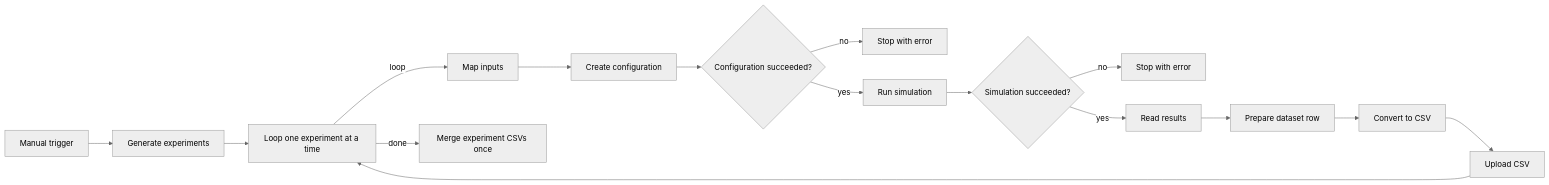
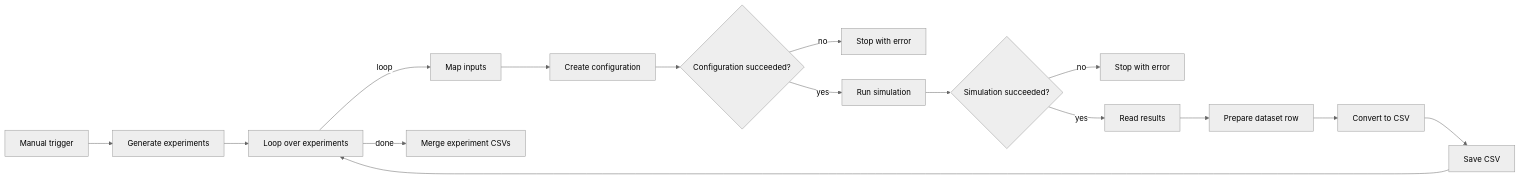
The diagram in n8n/README.md (KonstantinosBountou/Surrogate_Model), drawn with Mermaid (neutral theme) before and after one commit. The commit also changed other lines of this file, not shown here.

Commit message:
Simplify n8n README while retaining workflow diagram

````diff
--- a/n8n/README.md
+++ b/n8n/README.md
@@ -11,18 +7,18 @@
 ```mermaid
 flowchart LR
     A[Manual trigger] --> B[Generate experiments]
-    B --> C[Loop one experiment at a time]
+    B --> C[Loop over experiments]
     C -->|loop| D[Map inputs]
     D --> E[Create configuration]
     E --> F{Configuration succeeded?}
     F -->|no| X[Stop with error]
     F -->|yes| G[Run simulation]
     G --> H{Simulation succeeded?}
     H -->|no| Y[Stop with error]
     H -->|yes| I[Read results]
     I --> J[Prepare dataset row]
     J --> K[Convert to CSV]
-    K --> L[Upload CSV]
+    K --> L[Save CSV]
     L --> C
-    C -->|done| M[Merge experiment CSVs once]
+    C -->|done| M[Merge experiment CSVs]
 ```
````
